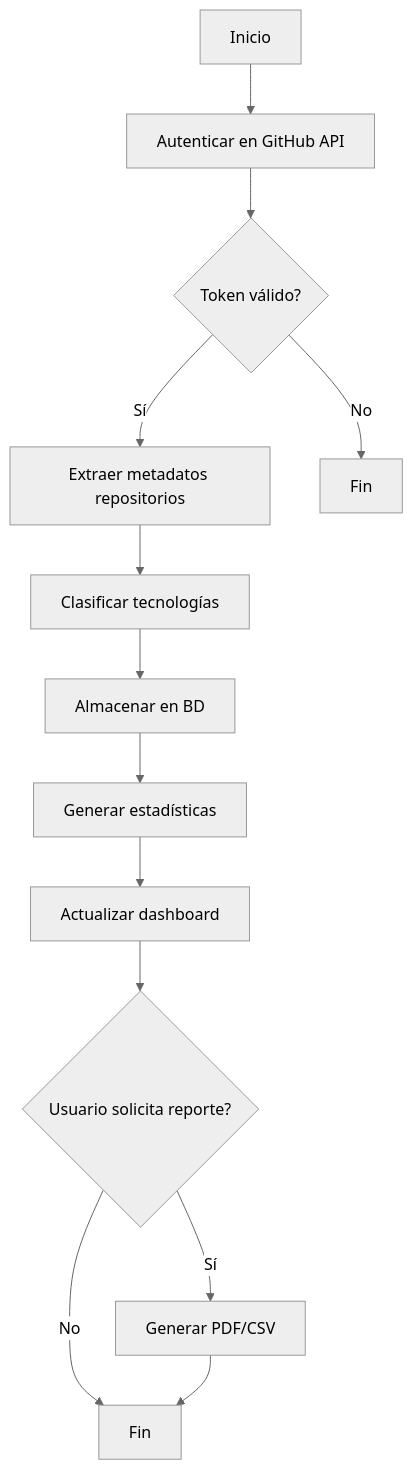
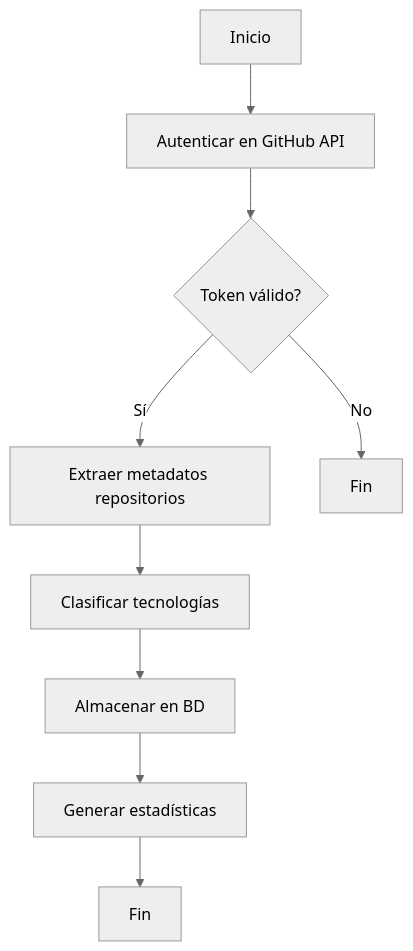
Diagram 11 of 12 in FD04-EPIS-Informe Arquitectura de Software.md (UPT-FAING-EPIS/proyecto-si885-2025-i-u1-hernandez_paja), drawn with Mermaid (neutral theme) before and after one commit. The commit also changed other lines of this file and 1 other file, not shown here.

Commit message:
Actualizacion de diagramas FD04

````diff
--- a/FD04-EPIS-Informe Arquitectura de Software.md
+++ b/FD04-EPIS-Informe Arquitectura de Software.md
@@ -299,15 +375,11 @@
 ```mermaid
 flowchart TD
     A[Inicio] --> B[Autenticar en GitHub API]
     B --> C{Token válido?}
     C -->|Sí| D[Extraer metadatos repositorios]
     C -->|No| Z[Fin]
     D --> E[Clasificar tecnologías]
     E --> F[Almacenar en BD]
     F --> G[Generar estadísticas]
-    G --> H[Actualizar dashboard]
-    H --> I{Usuario solicita reporte?}
-    I -->|Sí| J[Generar PDF/CSV]
-    I -->|No| K[Fin]
-    J --> K
+    G --> K[Fin]
 ```
````
